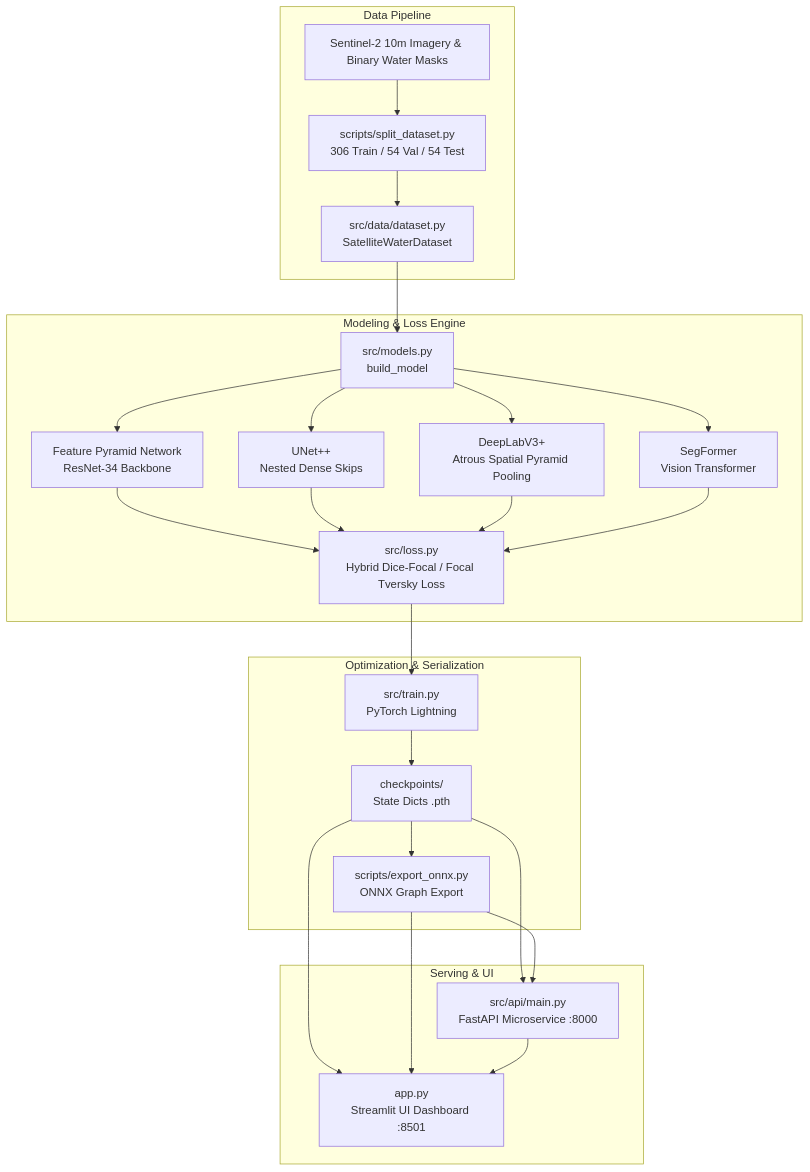
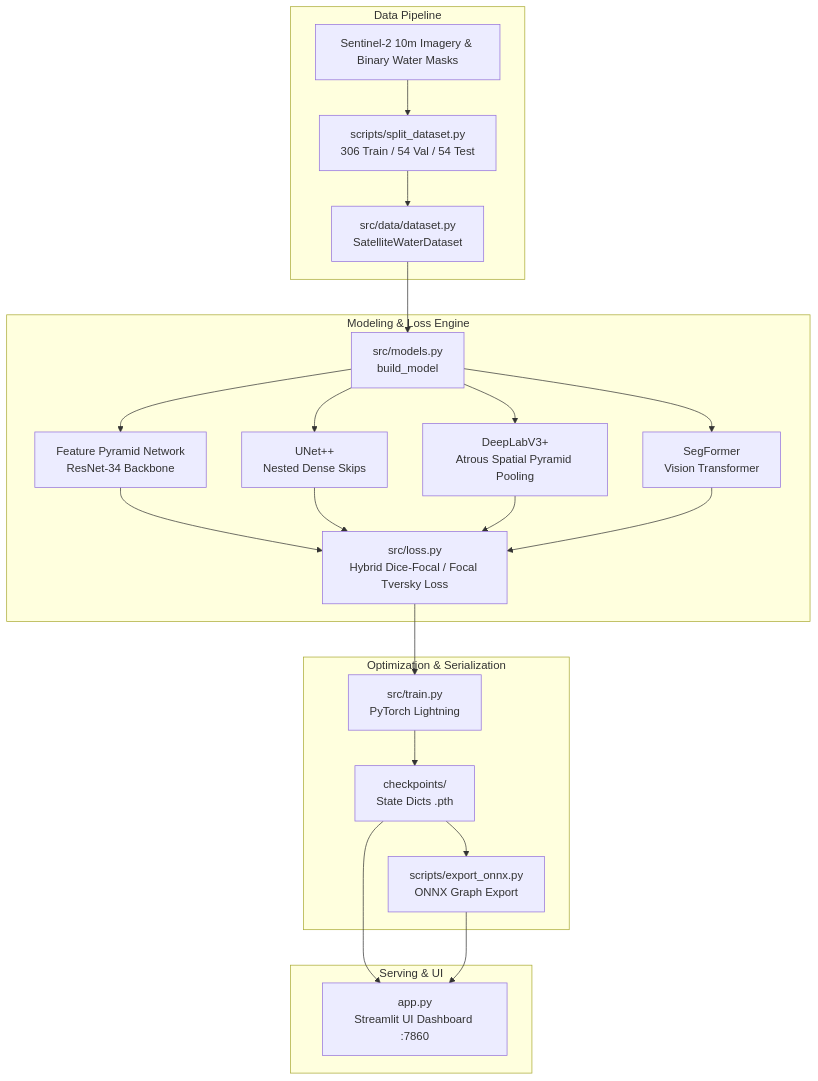
The diagram in README.md (safalyareddy/GEOVISION_AI), drawn with Mermaid before and after one commit. The commit also changed other lines of this file and 14 other files, not shown here.

Commit message:
feat(prod): complete Streamlit architecture with PyTorch + ONNX Runtime, remove FastAPI, and resolve onnxscript dependency

````diff
--- a/README.md
+++ b/README.md
@@ -41,28 +41,26 @@
 ```mermaid
 graph TD
     subgraph Data Pipeline
         S2[Sentinel-2 10m Imagery & Binary Water Masks] --> Split[scripts/split_dataset.py<br/>306 Train / 54 Val / 54 Test]
         Split --> DatasetLoader[src/data/dataset.py<br/>SatelliteWaterDataset]
     end
 
     subgraph Modeling & Loss Engine
         DatasetLoader --> Models[src/models.py<br/>build_model]
         Models --> FPN[Feature Pyramid Network<br/>ResNet-34 Backbone]
         Models --> UNetPP[UNet++<br/>Nested Dense Skips]
         Models --> DeepLab[DeepLabV3+<br/>Atrous Spatial Pyramid Pooling]
         Models --> SegFormer[SegFormer<br/>Vision Transformer]
         FPN & UNetPP & DeepLab & SegFormer --> Losses[src/loss.py<br/>Hybrid Dice-Focal / Focal Tversky Loss]
     end
 
     subgraph Optimization & Serialization
         Losses --> Trainer[src/train.py<br/>PyTorch Lightning]
         Trainer --> Checkpoints[checkpoints/<br/>State Dicts .pth]
         Checkpoints --> ONNX[scripts/export_onnx.py<br/>ONNX Graph Export]
     end
 
     subgraph Serving & UI
-        Checkpoints & ONNX --> API[src/api/main.py<br/>FastAPI Microservice :8000]
-        Checkpoints & ONNX --> UI[app.py<br/>Streamlit UI Dashboard :8501]
-        API --> UI
+        Checkpoints & ONNX --> UI[app.py<br/>Streamlit UI Dashboard :7860]
     end
 ```
````
